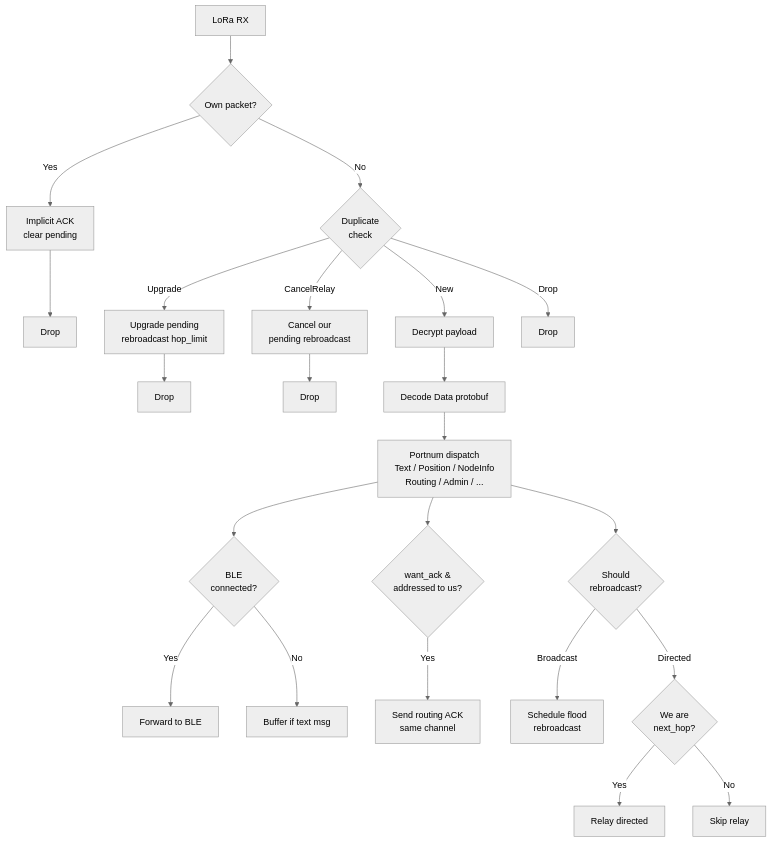
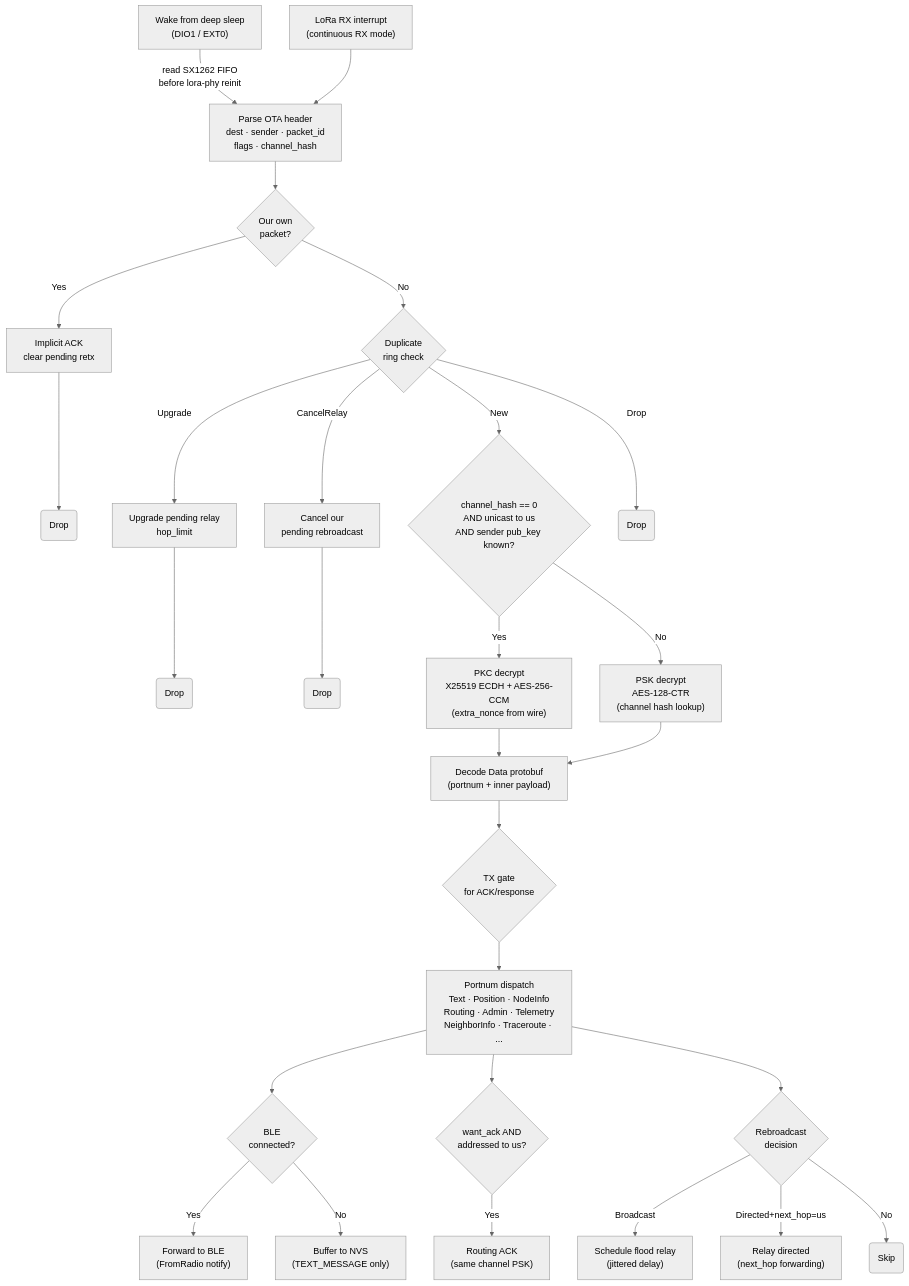
Before and after one commit to psytraxx/meshtastenstein-rs: the second of 6 diagrams in README.md, drawn with Mermaid (neutral theme). The commit also changed other lines of this file and 28 other files, not shown here.

````diff
--- a/README.md
+++ b/README.md
@@ -82,22 +113,37 @@
 ```mermaid
 flowchart TD
-    RX[LoRa RX] --> OWN{Own packet?}
-    OWN -- Yes --> IACK[Implicit ACK<br/>clear pending] --> DROP1[Drop]
-    OWN -- No --> DUP{Duplicate<br/>check}
-    DUP -- New --> DECRYPT[Decrypt payload]
-    DUP -- Upgrade --> UPG[Upgrade pending<br/>rebroadcast hop_limit] --> DROP2[Drop]
-    DUP -- CancelRelay --> CANCEL[Cancel our<br/>pending rebroadcast] --> DROP3[Drop]
-    DUP -- Drop --> DROP4[Drop]
-    DECRYPT --> DECODE[Decode Data protobuf]
-    DECODE --> DISPATCH[Portnum dispatch<br/>Text / Position / NodeInfo<br/>Routing / Admin / ...]
+    WAKE["Wake from deep sleep<br/>(DIO1 / EXT0)"]
+    RX["LoRa RX interrupt<br/>(continuous RX mode)"]
+
+    WAKE -->|"read SX1262 FIFO<br/>before lora-phy reinit"| PARSE
+    RX --> PARSE["Parse OTA header<br/>dest · sender · packet_id<br/>flags · channel_hash"]
+
+    PARSE --> OWN{Our own<br/>packet?}
+    OWN -- Yes --> IACK["Implicit ACK<br/>clear pending retx"] --> DROP1(Drop)
+    OWN -- No --> DUP{Duplicate<br/>ring check}
+    DUP -- New --> CRYPT{channel_hash == 0<br/>AND unicast to us<br/>AND sender pub_key known?}
+    DUP -- Upgrade --> UPG["Upgrade pending relay<br/>hop_limit"] --> DROP2(Drop)
+    DUP -- CancelRelay --> CANCEL["Cancel our<br/>pending rebroadcast"] --> DROP3(Drop)
+    DUP -- Drop --> DROP4(Drop)
+
+    CRYPT -- Yes --> PKC["PKC decrypt<br/>X25519 ECDH + AES-256-CCM<br/>(extra_nonce from wire)"]
+    CRYPT -- No --> PSK["PSK decrypt<br/>AES-128-CTR<br/>(channel hash lookup)"]
+
+    PKC --> DECODE
+    PSK --> DECODE["Decode Data protobuf<br/>(portnum + inner payload)"]
+
+    DECODE --> DUTY{TX gate<br/>for ACK/response}
+    DUTY --> DISPATCH["Portnum dispatch<br/>Text · Position · NodeInfo<br/>Routing · Admin · Telemetry<br/>NeighborInfo · Traceroute · ..."]
+
     DISPATCH --> FWD{BLE<br/>connected?}
-    FWD -- Yes --> BLE_FWD[Forward to BLE]
-    FWD -- No --> BUF[Buffer if text msg]
-    DISPATCH --> ACK{want_ack &<br/>addressed to us?}
-    ACK -- Yes --> SEND_ACK[Send routing ACK<br/>same channel]
-    DISPATCH --> REBR{Should<br/>rebroadcast?}
-    REBR -- Broadcast --> FLOOD[Schedule flood<br/>rebroadcast]
-    REBR -- Directed --> NH{We are<br/>next_hop?}
-    NH -- Yes --> RELAY[Relay directed]
-    NH -- No --> SKIP[Skip relay]
+    FWD -- Yes --> BLE_FWD["Forward to BLE<br/>(FromRadio notify)"]
+    FWD -- No --> BUF["Buffer to NVS<br/>(TEXT_MESSAGE only)"]
+
+    DISPATCH --> ACK{want_ack AND<br/>addressed to us?}
+    ACK -- Yes --> SEND_ACK["Routing ACK<br/>(same channel PSK)"]
+
+    DISPATCH --> REBR{Rebroadcast<br/>decision}
+    REBR -- Broadcast --> FLOOD["Schedule flood relay<br/>(jittered delay)"]
+    REBR -- Directed+next_hop=us --> RELAY["Relay directed<br/>(next_hop forwarding)"]
+    REBR -- No --> SKIP(Skip)
 ```
````
